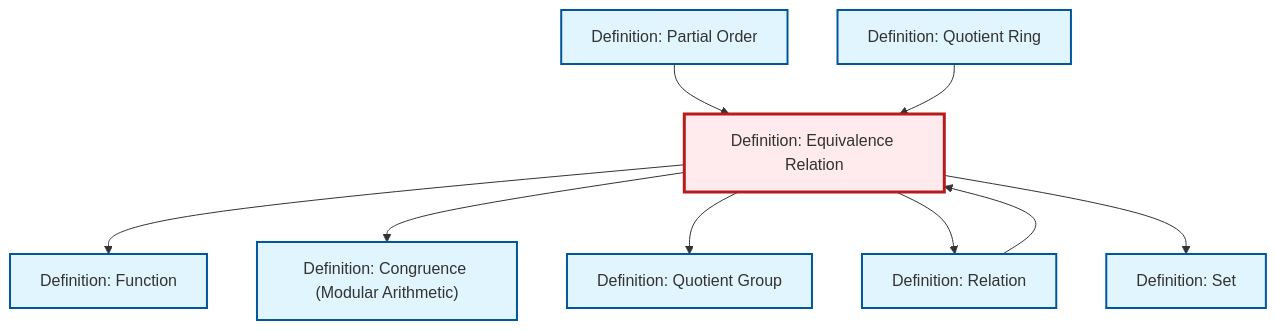
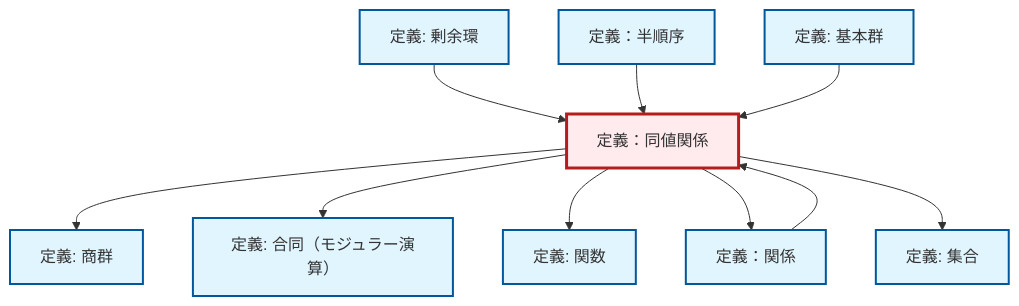
Before and after one commit to RK0429/ModernMath: the diagram in content/ja/logic-set-theory/def-equivalence-relation.qmd, drawn with Mermaid. The commit also changed 1069 other files, not shown here.

````diff
--- a/content/ja/logic-set-theory/def-equivalence-relation.qmd
+++ b/content/ja/logic-set-theory/def-equivalence-relation.qmd
@@ -116,33 +116,36 @@
 ```{mermaid}
 %%| fig-cap: "Local dependency graph"
 graph TD
     classDef definition fill:#e1f5fe,stroke:#01579b,stroke-width:2px
     classDef theorem fill:#f3e5f5,stroke:#4a148c,stroke-width:2px
     classDef axiom fill:#fff3e0,stroke:#e65100,stroke-width:2px
     classDef example fill:#e8f5e9,stroke:#1b5e20,stroke-width:2px
     classDef current fill:#ffebee,stroke:#b71c1c,stroke-width:3px
-    def-set["Definition: Set"]:::definition
-    def-quotient-ring["Definition: Quotient Ring"]:::definition
-    def-quotient-group["Definition: Quotient Group"]:::definition
-    def-equivalence-relation["Definition: Equivalence Relation"]:::definition
-    def-relation["Definition: Relation"]:::definition
-    def-function["Definition: Function"]:::definition
-    def-partial-order["Definition: Partial Order"]:::definition
-    def-congruence["Definition: Congruence (Modular Arithmetic)"]:::definition
+    def-congruence["定義: 合同（モジュラー演算）"]:::definition
+    def-set["定義: 集合"]:::definition
+    def-fundamental-group["定義: 基本群"]:::definition
+    def-relation["定義：関係"]:::definition
+    def-function["定義: 関数"]:::definition
+    def-quotient-ring["定義: 剰余環"]:::definition
+    def-quotient-group["定義: 商群"]:::definition
+    def-partial-order["定義：半順序"]:::definition
+    def-equivalence-relation["定義：同値関係"]:::definition
+    def-equivalence-relation --> def-quotient-group
+    def-equivalence-relation --> def-congruence
+    def-quotient-ring --> def-equivalence-relation
+    def-relation --> def-equivalence-relation
+    def-equivalence-relation --> def-function
     def-partial-order --> def-equivalence-relation
-    def-equivalence-relation --> def-function
-    def-relation --> def-equivalence-relation
-    def-equivalence-relation --> def-congruence
-    def-equivalence-relation --> def-quotient-group
-    def-quotient-ring --> def-equivalence-relation
     def-equivalence-relation --> def-relation
     def-equivalence-relation --> def-set
+    def-fundamental-group --> def-equivalence-relation
     class def-equivalence-relation current
-    click def-set "def-set.html" "Definition: Setへ"
-    click def-quotient-ring "def-quotient-ring.html" "Definition: Quotient Ringへ"
-    click def-quotient-group "def-quotient-group.html" "Definition: Quotient Groupへ"
-    click def-relation "def-relation.html" "Definition: Relationへ"
-    click def-function "def-function.html" "Definition: Functionへ"
-    click def-partial-order "def-partial-order.html" "Definition: Partial Orderへ"
-    click def-congruence "def-congruence.html" "Definition: Congruence (Modular Arithmetic)へ"
+    click def-congruence "def-congruence.html" "合同（モジュラー演算）の定義へ"
+    click def-set "def-set.html" "集合の定義へ"
+    click def-fundamental-group "def-fundamental-group.html" "基本群の定義へ"
+    click def-relation "def-relation.html" "定義：関係へ"
+    click def-function "def-function.html" "関数の定義へ"
+    click def-quotient-ring "def-quotient-ring.html" "剰余環の定義へ"
+    click def-quotient-group "def-quotient-group.html" "商群の定義へ"
+    click def-partial-order "def-partial-order.html" "定義：半順序へ"
 ```
````
